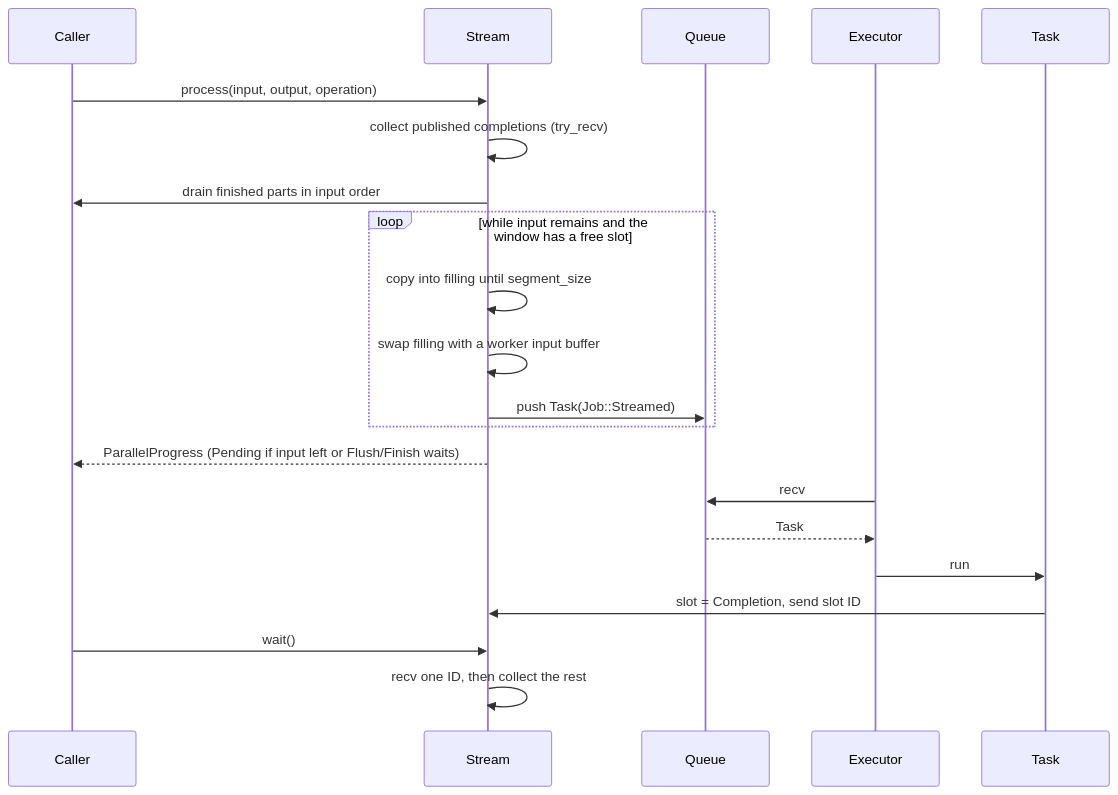
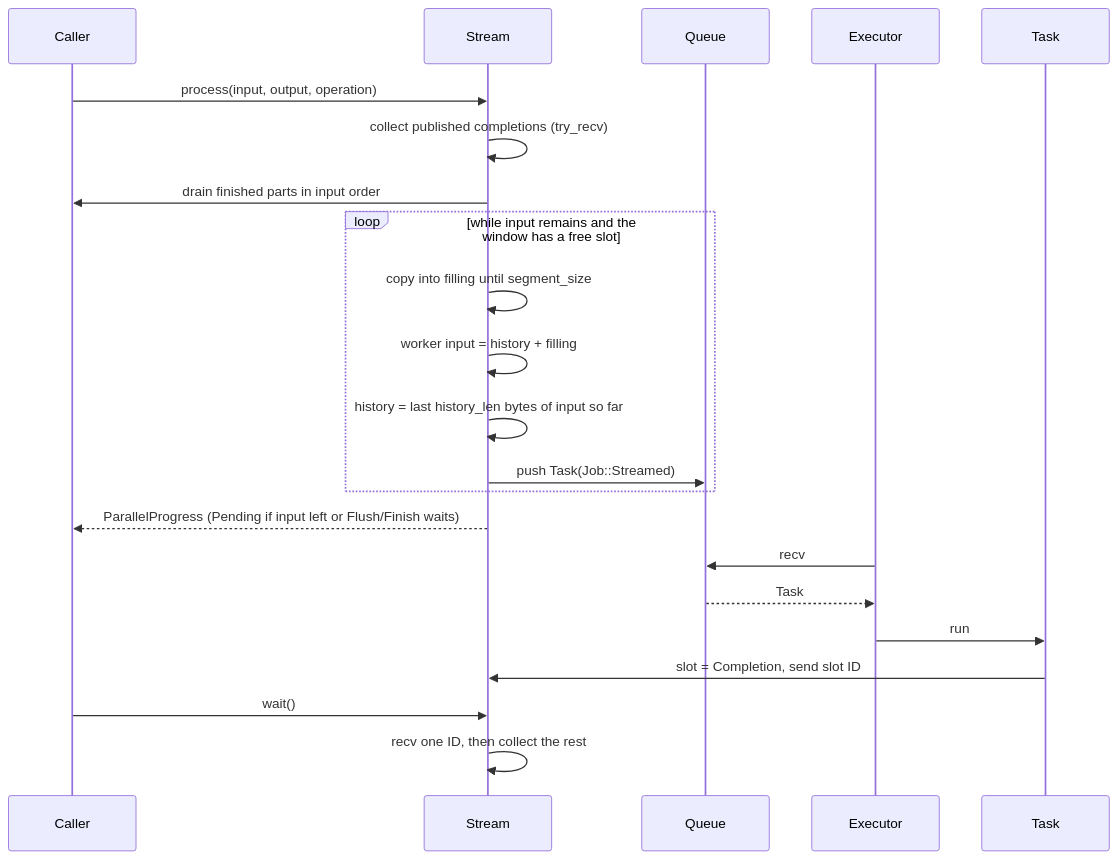
One commit to M-Compressors/mbrotli changed the second of 9 diagrams in architecture/parallel-stream.md. Above: the diagram before and after it, drawn with Mermaid. The commit also changed other lines of this file and 16 other files, not shown here.

````diff
--- a/architecture/parallel-stream.md
+++ b/architecture/parallel-stream.md
@@ -82,23 +84,24 @@
 ```mermaid
 sequenceDiagram
     participant Caller
     participant Session as Stream
     participant Queue
     participant Executor
     participant Task
     Caller->>Session: process(input, output, operation)
     Session->>Session: collect published completions (try_recv)
     Session->>Caller: drain finished parts in input order
     loop while input remains and the window has a free slot
         Session->>Session: copy into filling until segment_size
-        Session->>Session: swap filling with a worker input buffer
+        Session->>Session: worker input = history + filling
+        Session->>Session: history = last history_len bytes of input so far
         Session->>Queue: push Task(Job::Streamed)
     end
     Session-->>Caller: ParallelProgress (Pending if input left or Flush/Finish waits)
     Executor->>Queue: recv
     Queue-->>Executor: Task
     Executor->>Task: run
     Task->>Session: slot = Completion, send slot ID
     Caller->>Session: wait()
     Session->>Session: recv one ID, then collect the rest
 ```
````
